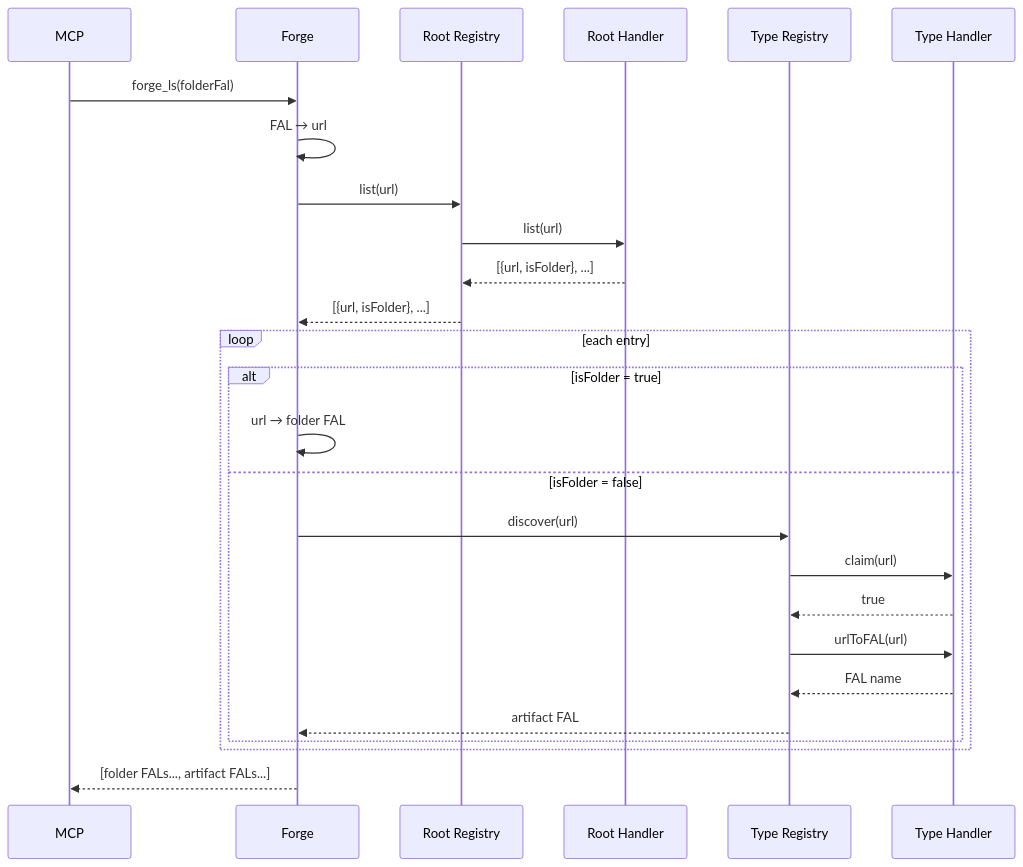
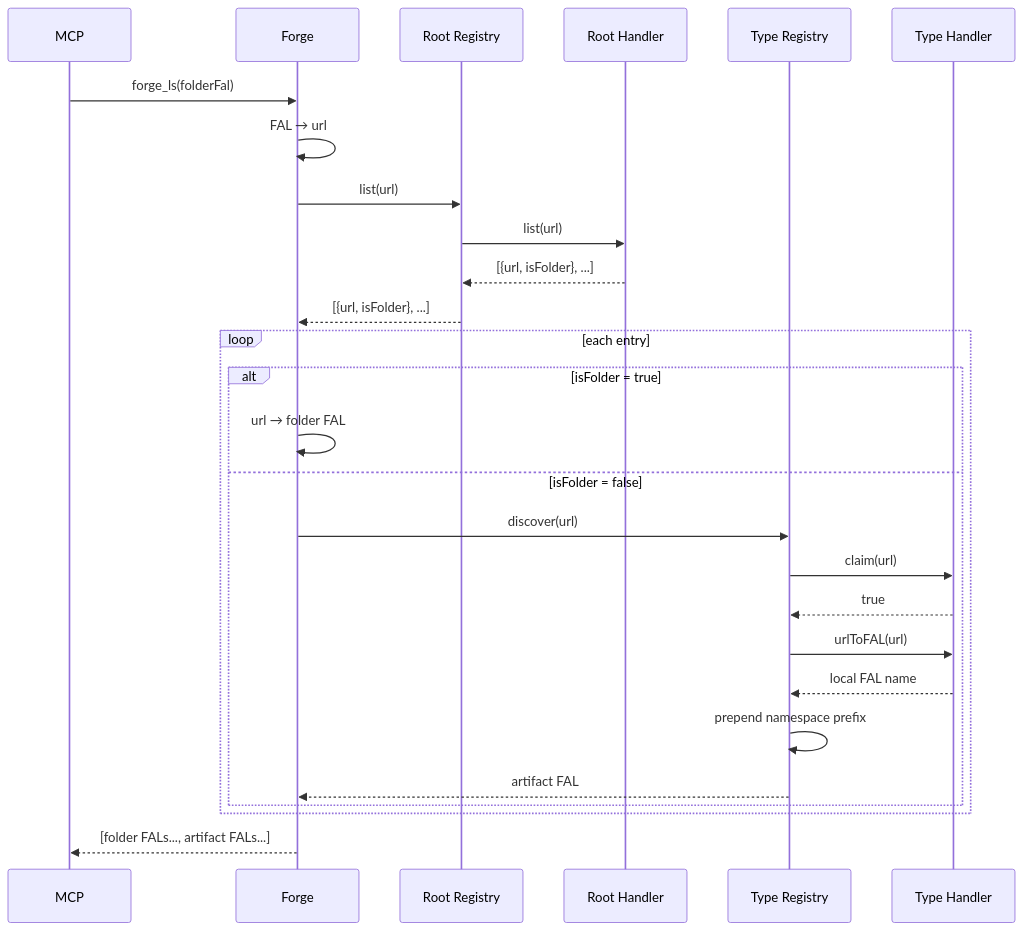
One commit to RemiLequette/KnowledgeBase changed the first of 2 diagrams in public/conventions/forge.md. Above: the diagram before and after it, drawn with Mermaid. The commit also changed other lines of this file and 4 other files, not shown here.

````diff
--- a/public/conventions/forge.md
+++ b/public/conventions/forge.md
@@ -369,31 +370,32 @@
 ```mermaid
 sequenceDiagram
     participant MCP
     participant Forge
     participant RootReg as Root Registry
     participant RootH as Root Handler
     participant TypeReg as Type Registry
     participant TypeH as Type Handler
 
     MCP->>Forge: forge_ls(folderFal)
     Forge->>Forge: FAL → url
     Forge->>RootReg: list(url)
     RootReg->>RootH: list(url)
     RootH-->>RootReg: [{url, isFolder}, ...]
     RootReg-->>Forge: [{url, isFolder}, ...]
 
     loop each entry
         alt isFolder = true
             Forge->>Forge: url → folder FAL
         else isFolder = false
             Forge->>TypeReg: discover(url)
             TypeReg->>TypeH: claim(url)
             TypeH-->>TypeReg: true
             TypeReg->>TypeH: urlToFAL(url)
-            TypeH-->>TypeReg: FAL name
+            TypeH-->>TypeReg: local FAL name
+            TypeReg->>TypeReg: prepend namespace prefix
             TypeReg-->>Forge: artifact FAL
         end
     end
 
     Forge-->>MCP: [folder FALs..., artifact FALs...]
 ```
````
